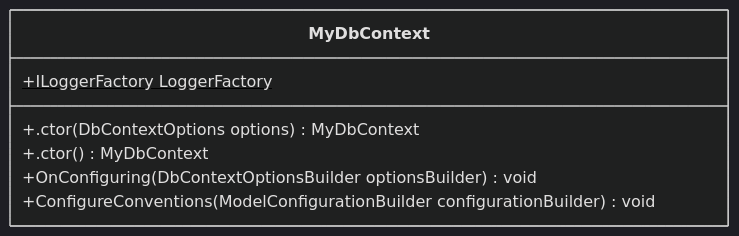
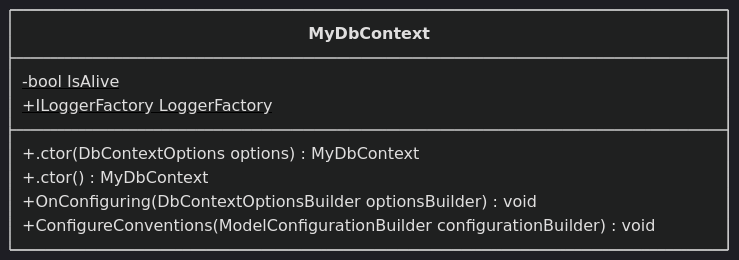
One commit to MyJetWallet/MyJetWallet.Sdk.Postgres changed the third of 5 diagrams in CODE_METRICS.md. Above: the diagram before and after it, drawn with Mermaid (dark theme). The commit also changed other lines of this file, not shown here.

````diff
--- a/CODE_METRICS.md
+++ b/CODE_METRICS.md
@@ -182,11 +216,12 @@
 ```mermaid
 classDiagram
 class MyDbContext{
+    -bool IsAlive$
     +ILoggerFactory LoggerFactory$
     +.ctor(DbContextOptions options) MyDbContext
     +.ctor() MyDbContext
     +OnConfiguring(DbContextOptionsBuilder optionsBuilder) void
     +ConfigureConventions(ModelConfigurationBuilder configurationBuilder) void
 }
 
 ```
````
